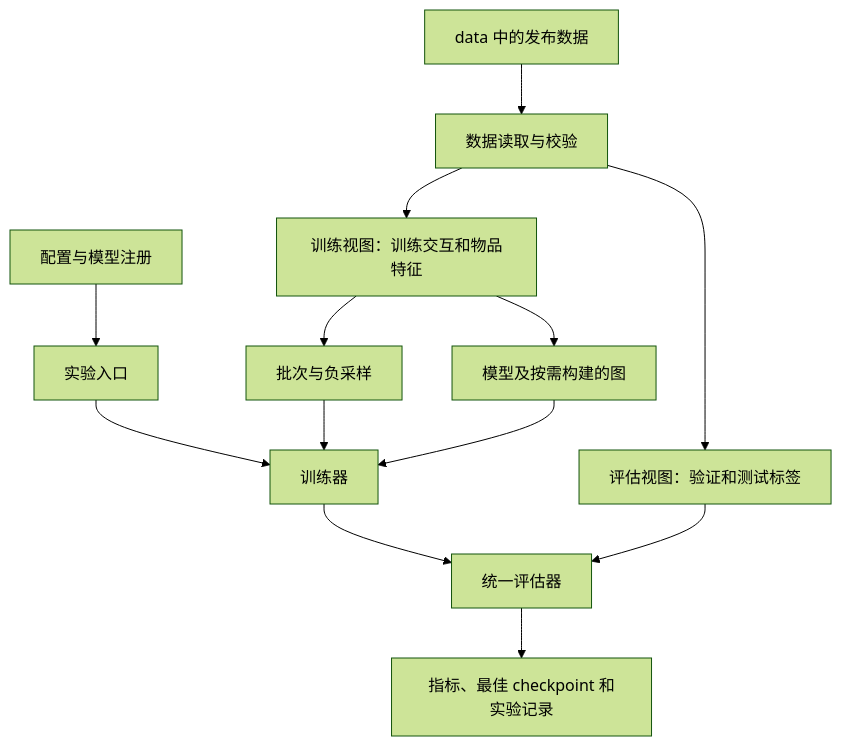
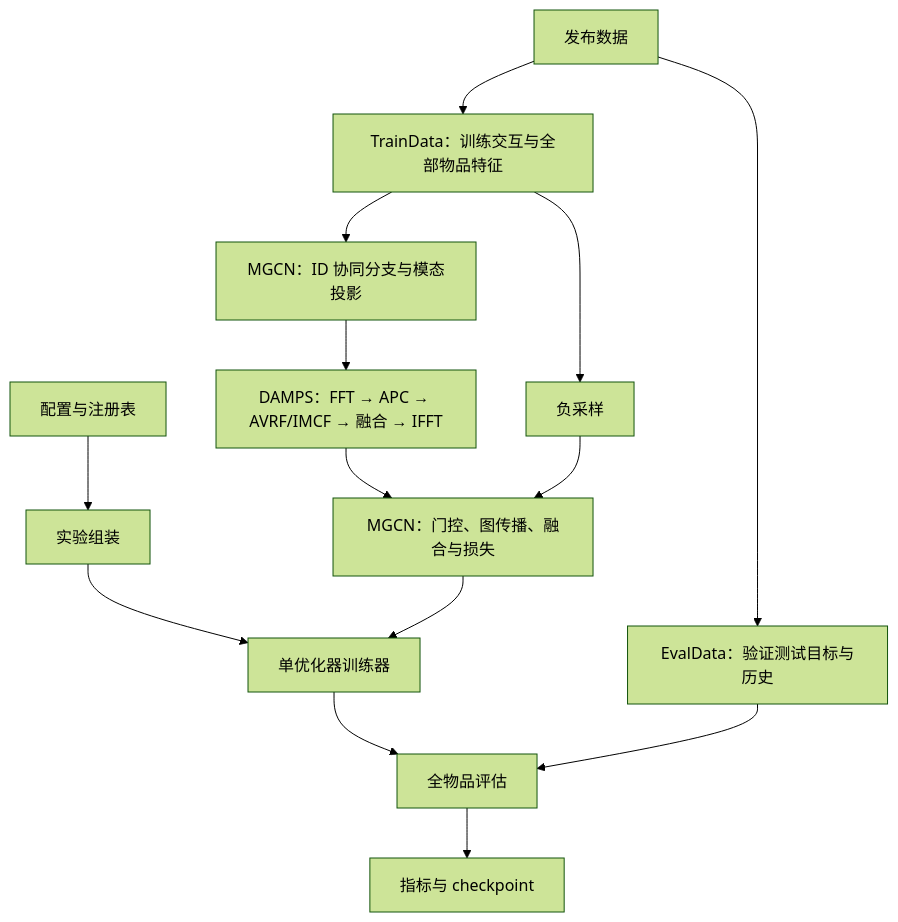
Before and after one commit to ustc-mkh/COMP5331: the diagram in docs/architecture.md, drawn with Mermaid (forest theme). The commit also changed other lines of this file and 36 other files, not shown here.

````diff
--- a/docs/architecture.md
+++ b/docs/architecture.md
@@ -11,15 +7,16 @@
 ```mermaid
 flowchart TD
-    C[配置与模型注册] --> R[实验入口]
-    D[data 中的发布数据] --> L[数据读取与校验]
-    L --> T[训练视图：训练交互和物品特征]
-    L --> E[评估视图：验证和测试标签]
-    T --> S[批次与负采样]
-    T --> M[模型及按需构建的图]
-    R --> F[训练器]
-    S --> F
-    M --> F
-    F --> V[统一评估器]
+    C[配置与注册表] --> R[实验组装]
+    D[发布数据] --> T[TrainData：训练交互与全部物品特征]
+    D --> E[EvalData：验证测试目标与历史]
+    T --> S[负采样]
+    T --> M[MGCN：ID 协同分支与模态投影]
+    M --> P[DAMPS：FFT → APC → AVRF/IMCF → 融合 → IFFT]
+    P --> G[MGCN：门控、图传播、融合与损失]
+    S --> G
+    R --> F[单优化器训练器]
+    G --> F
+    F --> V[全物品评估]
     E --> V
-    V --> O[指标、最佳 checkpoint 和实验记录]
+    V --> O[指标与 checkpoint]
 ```
````
